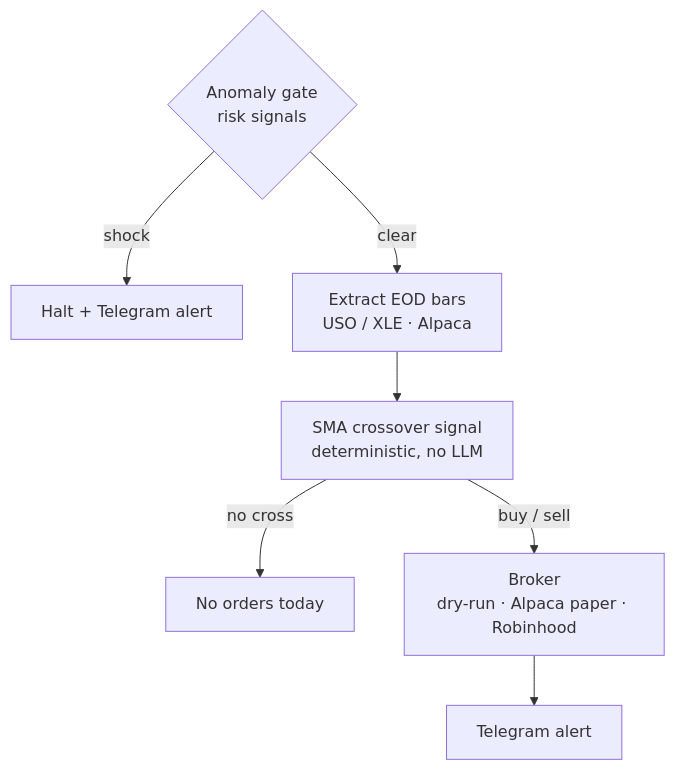
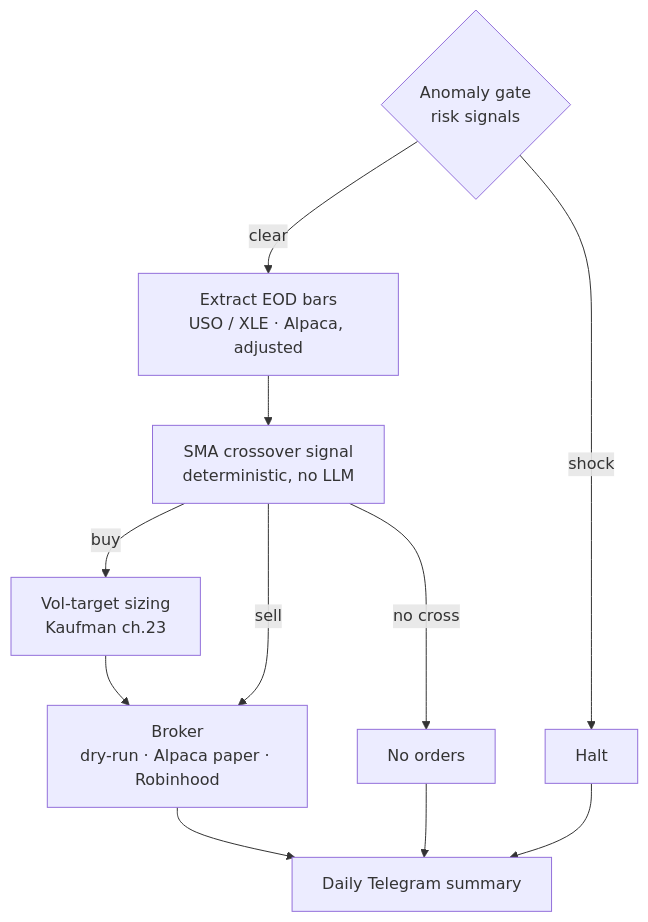
One commit to godot107/energy-batch-trader changed the first of 4 diagrams in README.md. Above: the diagram before and after it, drawn with Mermaid. The commit also changed other lines of this file and 1 other file, not shown here.

````diff
--- a/README.md
+++ b/README.md
@@ -13,9 +13,13 @@
 ```mermaid
 flowchart TD
-    G{Anomaly gate<br/>risk signals} -- shock --> H[Halt + Telegram alert]
-    G -- clear --> X[Extract EOD bars<br/>USO / XLE · Alpaca]
+    G{Anomaly gate<br/>risk signals} -- shock --> H[Halt]
+    G -- clear --> X[Extract EOD bars<br/>USO / XLE · Alpaca, adjusted]
     X --> S[SMA crossover signal<br/>deterministic, no LLM]
-    S -- no cross --> N[No orders today]
-    S -- buy / sell --> B[Broker<br/>dry-run · Alpaca paper · Robinhood]
-    B --> T[Telegram alert]
+    S -- buy --> V[Vol-target sizing<br/>Kaufman ch.23]
+    V --> B[Broker<br/>dry-run · Alpaca paper · Robinhood]
+    S -- sell --> B
+    S -- no cross --> N[No orders]
+    B --> T[Daily Telegram summary]
+    N --> T
+    H --> T
 ```
````
